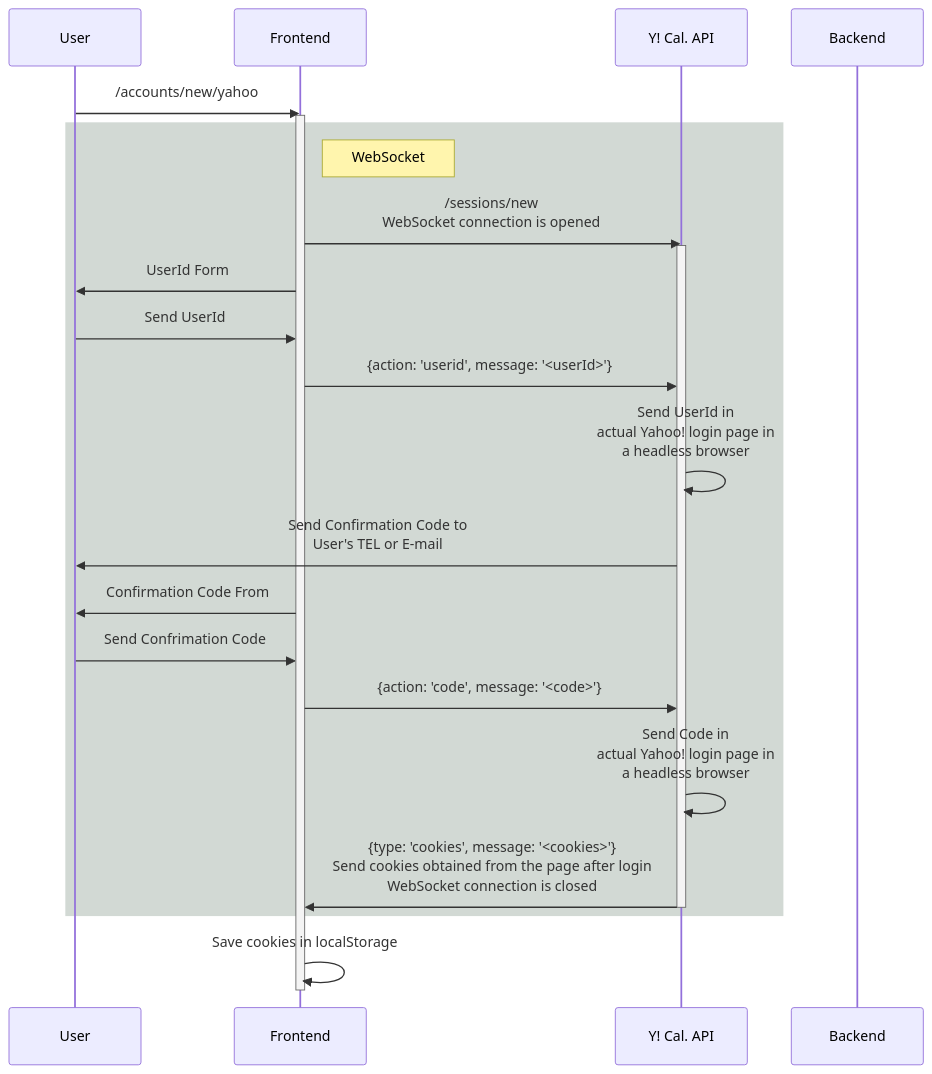
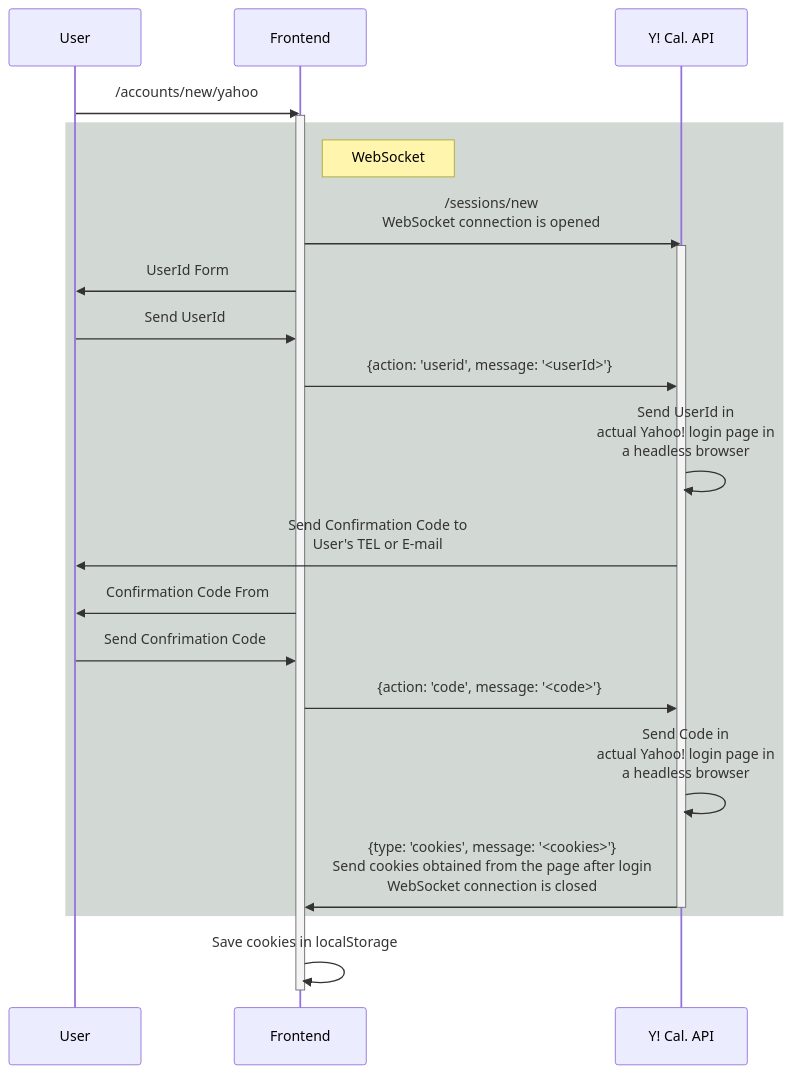
The first of 8 diagrams in posts/idea-of-calendar-service.md (9sako6/9sako6.github.io), drawn with Mermaid before and after one commit. The commit also changed other lines of this file, not shown here.

````diff
--- a/posts/idea-of-calendar-service.md
+++ b/posts/idea-of-calendar-service.md
@@ -76,32 +76,31 @@
 ```mermaid
 sequenceDiagram
   participant U as User
   participant F as Frontend
   participant Y as Y! Cal. API
-  participant B as Backend
   U->>F: /accounts/new/yahoo
   activate F
   rect rgba(106, 131, 114, 0.3)
     note right of F: WebSocket
     F->>Y: /sessions/new<br>WebSocket connection is opened
     activate Y
     F->>U: UserId Form
     U->>F: Send UserId
     F->>Y: {action: 'userid', message: '<userId>'}
     Y->>Y: Send UserId in <br>actual Yahoo! login page in<br> a headless browser
     Y->>U: Send Confirmation Code to <br>User's TEL or E-mail
     F->>U: Confirmation Code From
 
     U->>F: Send Confrimation Code
 
     F->>Y: {action: 'code', message: '<code>'}
     Y->>Y: Send Code in <br>actual Yahoo! login page in<br> a headless browser
 
     Y->>F: {type: 'cookies', message: '<cookies>'}<br>Send cookies obtained from the page after login<br>WebSocket connection is closed
 
     deactivate Y
   end
 
   F->>F: Save cookies in localStorage
   deactivate F
 ```
````
